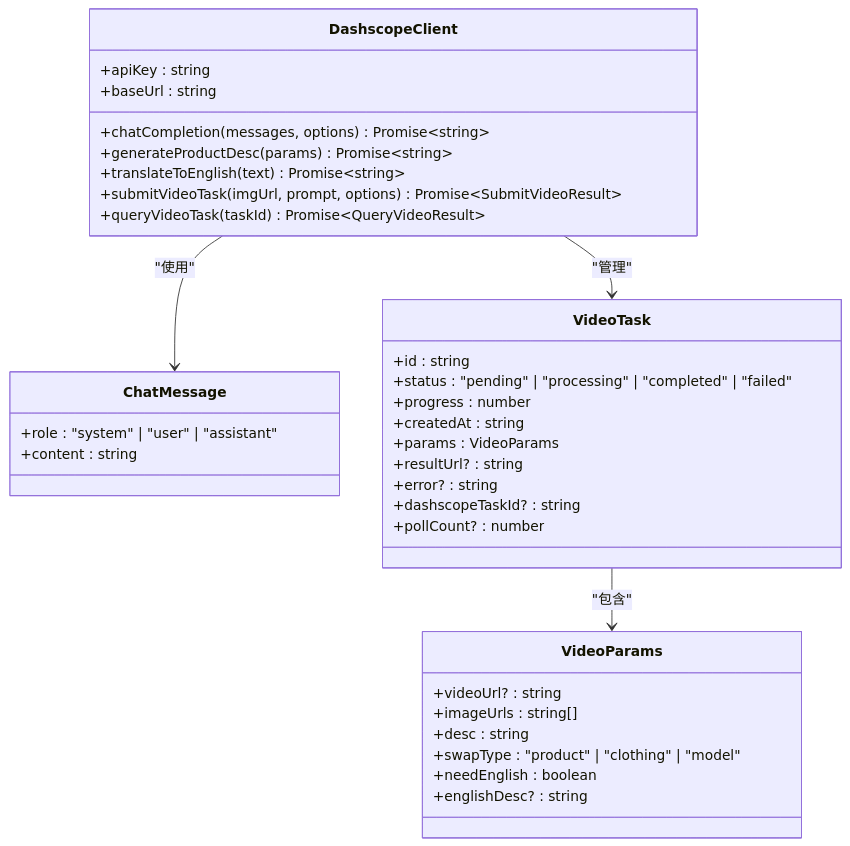
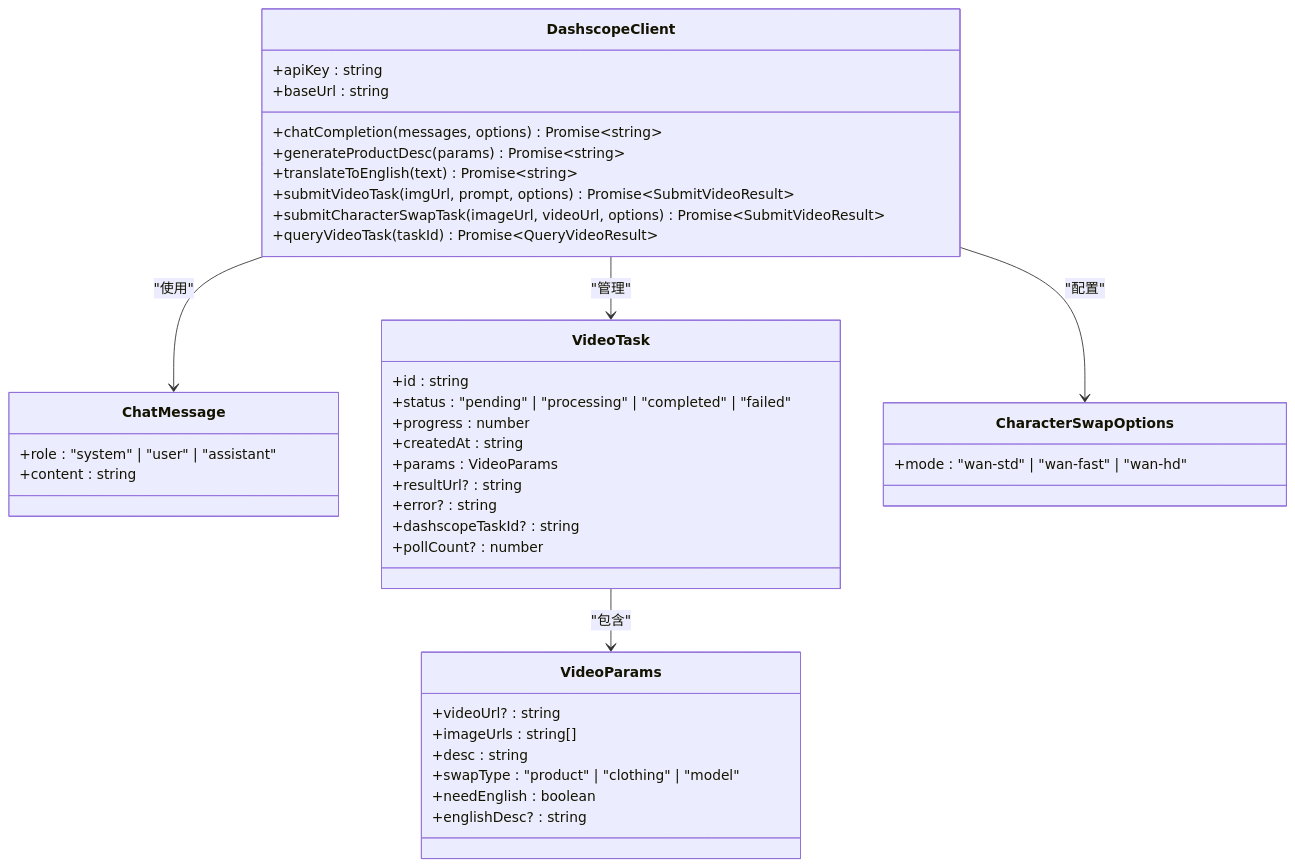
One commit to zuozuoliu740-cmd/xianxiong-news changed the second of 7 diagrams in .qoder/repowiki/zh/content/Dashscope Integration.md. Above: the diagram before and after it, drawn with Mermaid. The commit also changed other lines of this file and 4 other files, not shown here.

````diff
--- a/.qoder/repowiki/zh/content/Dashscope Integration.md
+++ b/.qoder/repowiki/zh/content/Dashscope Integration.md
@@ -110,38 +130,43 @@
 ```mermaid
 classDiagram
 class DashscopeClient {
 +apiKey : string
 +baseUrl : string
 +chatCompletion(messages, options) Promise~string~
 +generateProductDesc(params) Promise~string~
 +translateToEnglish(text) Promise~string~
 +submitVideoTask(imgUrl, prompt, options) Promise~SubmitVideoResult~
++submitCharacterSwapTask(imageUrl, videoUrl, options) Promise~SubmitVideoResult~
 +queryVideoTask(taskId) Promise~QueryVideoResult~
 }
 class ChatMessage {
 +role : "system" | "user" | "assistant"
 +content : string
 }
 class VideoTask {
 +id : string
 +status : "pending" | "processing" | "completed" | "failed"
 +progress : number
 +createdAt : string
 +params : VideoParams
 +resultUrl? : string
 +error? : string
 +dashscopeTaskId? : string
 +pollCount? : number
 }
 class VideoParams {
 +videoUrl? : string
 +imageUrls : string[]
 +desc : string
 +swapType : "product" | "clothing" | "model"
 +needEnglish : boolean
 +englishDesc? : string
 }
+class CharacterSwapOptions {
++mode : "wan-std" | "wan-fast" | "wan-hd"
+}
 DashscopeClient --> ChatMessage : "使用"
 DashscopeClient --> VideoTask : "管理"
+DashscopeClient --> CharacterSwapOptions : "配置"
 VideoTask --> VideoParams : "包含"
 ```
````
